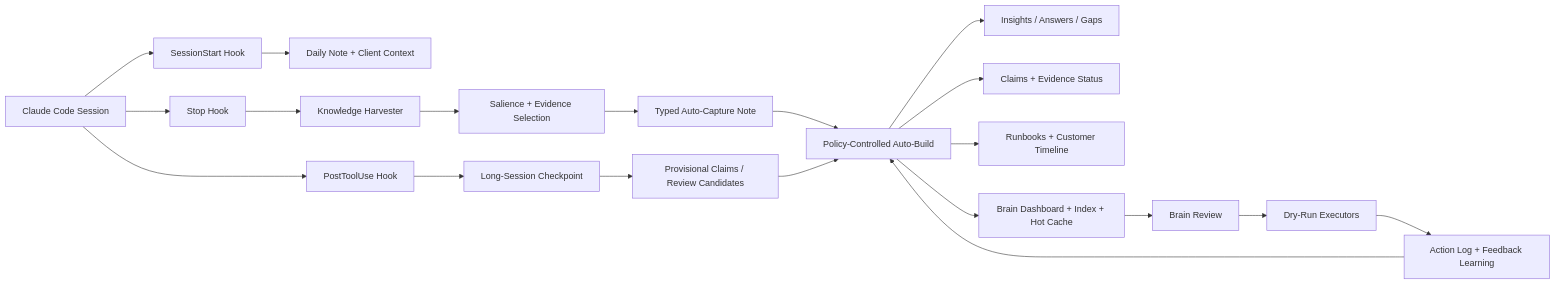
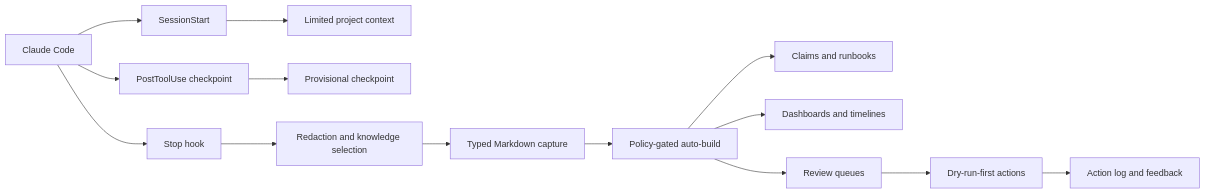
The diagram in README.md (amolani/obsidian-brain-mcp-server), drawn with Mermaid before and after one commit. The commit also changed other lines of this file and 11 other files, not shown here.

````diff
--- a/README.md
+++ b/README.md
@@ -230,22 +654,16 @@
 ```mermaid
 flowchart LR
-  A[Claude Code Session] --> B[SessionStart Hook]
-  B --> C[Daily Note + Client Context]
-  A --> D[PostToolUse Hook]
-  D --> E[Long-Session Checkpoint]
-  A --> F[Stop Hook]
-  F --> G[Knowledge Harvester]
-  G --> S[Salience + Evidence Selection]
-  S --> H[Typed Auto-Capture Note]
-  H --> I[Policy-Controlled Auto-Build]
-  E --> Q[Provisional Claims / Review Candidates]
-  Q --> I
-  I --> J[Insights / Answers / Gaps]
-  I --> K[Claims + Evidence Status]
-  I --> L[Runbooks + Customer Timeline]
-  I --> M[Brain Dashboard + Index + Hot Cache]
-  M --> N[Brain Review]
-  N --> O[Dry-Run Executors]
-  O --> P[Action Log + Feedback Learning]
-  P --> I
+  A[Claude Code] --> B[SessionStart]
+  A --> C[PostToolUse checkpoint]
+  A --> D[Stop hook]
+  B --> E[Limited project context]
+  C --> F[Provisional checkpoint]
+  D --> G[Redaction and knowledge selection]
+  G --> H[Typed Markdown capture]
+  H --> I[Policy-gated auto-build]
+  I --> J[Claims and runbooks]
+  I --> K[Dashboards and timelines]
+  I --> L[Review queues]
+  L --> M[Dry-run-first actions]
+  M --> N[Action log and feedback]
 ```
````
